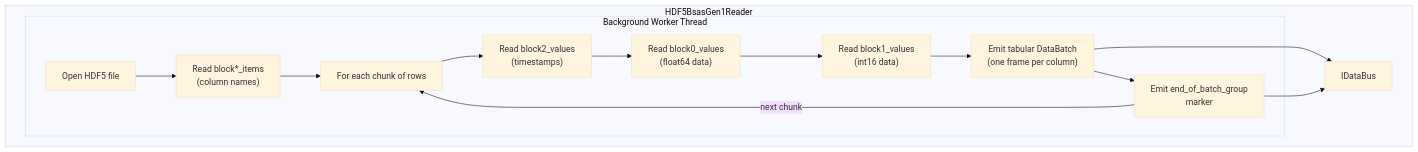
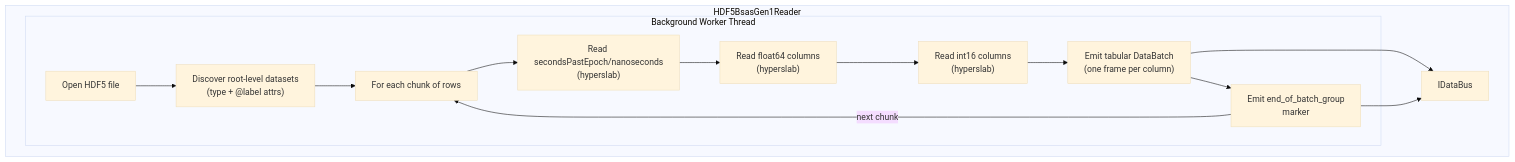
One commit to slaclab/mldp-pvxs-driver changed the diagram in docs/readers/hdf5-bsas-gen1-reader.md. Above: the diagram before and after it, drawn with Mermaid (base theme). The commit also changed other lines of this file, not shown here.

````diff
--- a/docs/readers/hdf5-bsas-gen1-reader.md
+++ b/docs/readers/hdf5-bsas-gen1-reader.md
@@ -48,22 +95,22 @@
 ```mermaid
 flowchart TB
     subgraph HDF5BsasGen1Reader["HDF5BsasGen1Reader"]
         subgraph Worker["Background Worker Thread"]
             Open["Open HDF5 file"]
-            ReadMeta["Read block*_items\n(column names)"]
+            Discover["Discover root-level datasets\n(type + @label attrs)"]
             Loop["For each chunk of rows"]
-            ReadTS["Read block2_values\n(timestamps)"]
-            ReadFloat["Read block0_values\n(float64 data)"]
-            ReadInt["Read block1_values\n(int16 data)"]
+            ReadTS["Read secondsPastEpoch/nanoseconds\n(hyperslab)"]
+            ReadFloat["Read float64 columns\n(hyperslab)"]
+            ReadInt["Read int16 columns\n(hyperslab)"]
             Emit["Emit tabular DataBatch\n(one frame per column)"]
             Marker["Emit end_of_batch_group\nmarker"]
         end
 
-        Open --> ReadMeta --> Loop
+        Open --> Discover --> Loop
         Loop --> ReadTS --> ReadFloat --> ReadInt --> Emit --> Marker
         Marker -->|next chunk| Loop
 
         Emit --> Bus["IDataBus"]
         Marker --> Bus
     end
 ```
````
